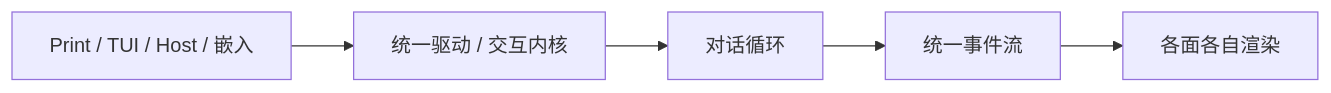
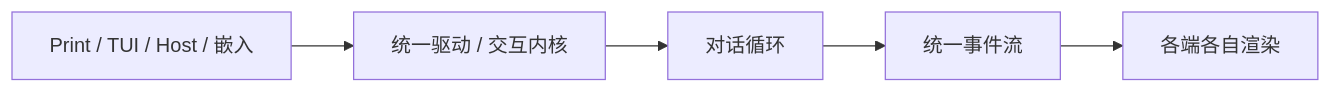
The diagram in docs/architecture/库与多客户端.md (StrayDragon/xylitol), drawn with Mermaid before and after one commit. The commit also changed other lines of this file and 93 other files, not shown here.

````diff
--- a/docs/architecture/库与多客户端.md
+++ b/docs/architecture/库与多客户端.md
@@ -23,7 +23,7 @@
 ```mermaid
 flowchart LR
   Clients["Print / TUI / Host / 嵌入"] --> XyDriver["统一驱动 / 交互内核"]
   XyDriver --> Loop["对话循环"]
   Loop --> Events["统一事件流"]
-  Events --> Render["各面各自渲染"]
+  Events --> Render["各端各自渲染"]
 ```
````
